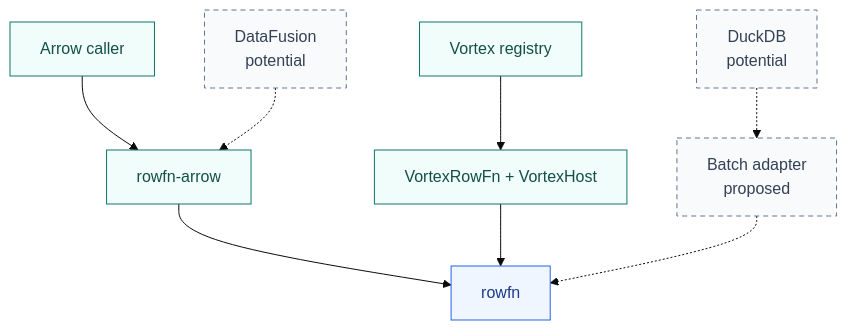
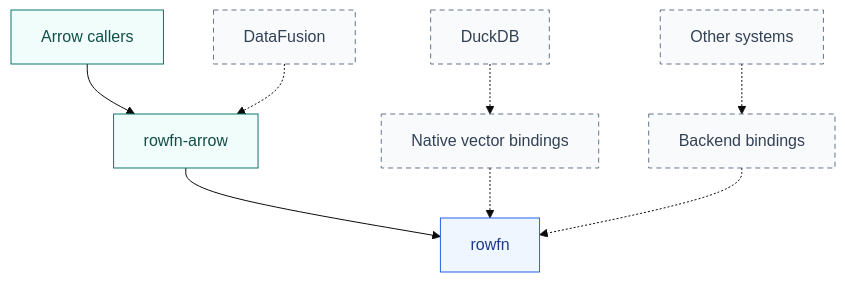
Before and after one commit to spiraldb/rowfn: the diagram in rowfn/BACKENDS.md, drawn with Mermaid (base theme). The commit also changed other lines of this file and 14 other files, not shown here.

Commit message:
Describe RowFn as a backend-independent framework

````diff
--- a/rowfn/BACKENDS.md
+++ b/rowfn/BACKENDS.md
@@ -11,16 +22,16 @@
 ```mermaid
 flowchart TB
-    A["Arrow caller"] --> RA["rowfn-arrow"]
-    V["Vortex registry"] --> RV["VortexRowFn + VortexHost"]
-    DF["DataFusion<br/>potential"] -.-> RA
-    D["DuckDB<br/>potential"] -.-> DB["Batch adapter<br/>proposed"]
-    RA --> R["rowfn"]
-    RV --> R
+    A["Arrow callers"] --> AB["rowfn-arrow"]
+    DF["DataFusion"] -.-> AB
+    D["DuckDB"] -.-> DB["Native vector bindings"]
+    O["Other systems"] -.-> OB["Backend bindings"]
+    AB --> R["rowfn"]
     DB -.-> R
-    class A,V,RA,RV host
+    OB -.-> R
+    class A,AB host
     class R core
-    class DF,D,DB proposed
+    class DF,D,DB,O,OB proposed
     classDef core fill:#eff6ff,stroke:#2563eb,color:#1e3a8a
     classDef host fill:#f0fdfa,stroke:#0f766e,color:#134e4a
     classDef proposed fill:#f8fafc,stroke:#64748b,color:#334155,stroke-dasharray:5 4
 ```
````
